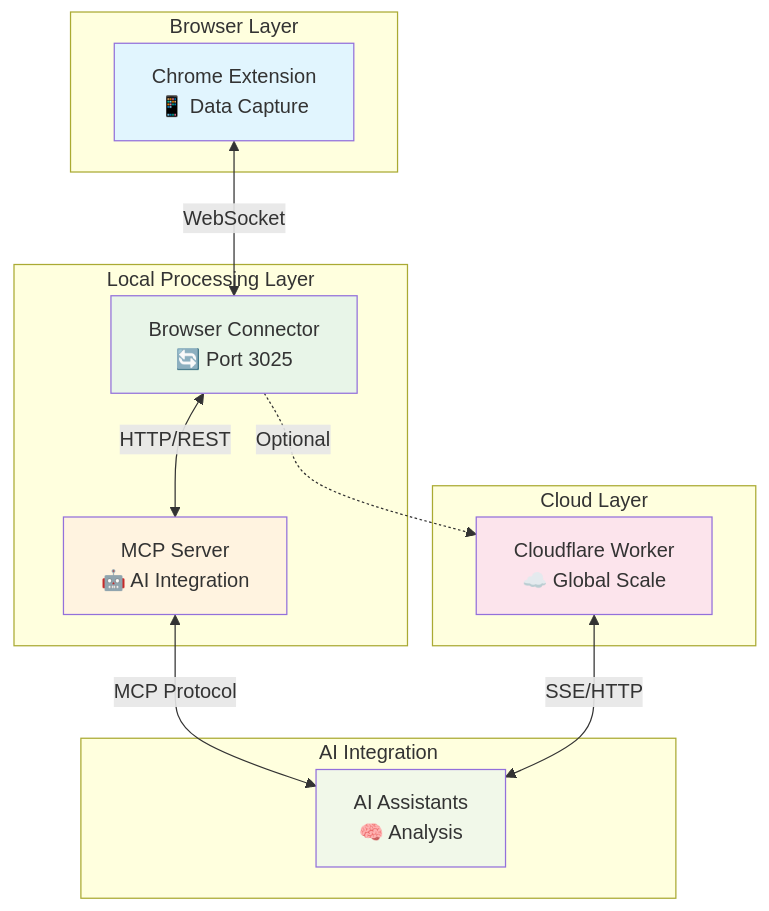
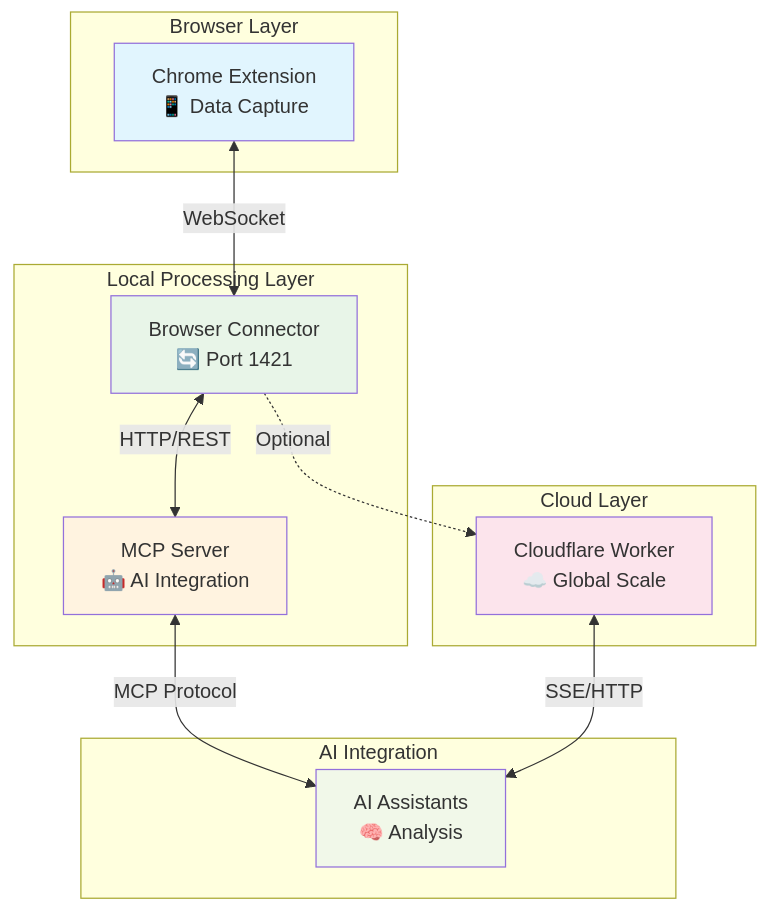
One commit to siri1410/rapidtriageME changed the first of 3 diagrams in docs-site/components/index.md. Above: the diagram before and after it, drawn with Mermaid. The commit also changed other lines of this file and 67 other files, not shown here.

````diff
--- a/docs-site/components/index.md
+++ b/docs-site/components/index.md
@@ -7,31 +7,31 @@
 ```mermaid
 graph TB
     subgraph "Browser Layer"
         CE[Chrome Extension<br/>📱 Data Capture]
     end
     
     subgraph "Local Processing Layer"
-        BC[Browser Connector<br/>🔄 Port 3025]
+        BC[Browser Connector<br/>🔄 Port 1421]
         MCP[MCP Server<br/>🤖 AI Integration]
     end
     
     subgraph "Cloud Layer"
         CW[Cloudflare Worker<br/>☁️ Global Scale]
     end
     
     subgraph "AI Integration"
         AI[AI Assistants<br/>🧠 Analysis]
     end
     
     CE <-->|WebSocket| BC
     BC <-->|HTTP/REST| MCP
     BC -.->|Optional| CW
     MCP <-->|MCP Protocol| AI
     CW <-->|SSE/HTTP| AI
     
     style CE fill:#e1f5fe
     style BC fill:#e8f5e8
     style MCP fill:#fff3e0
     style CW fill:#fce4ec
     style AI fill:#f1f8e9
 ```
````
